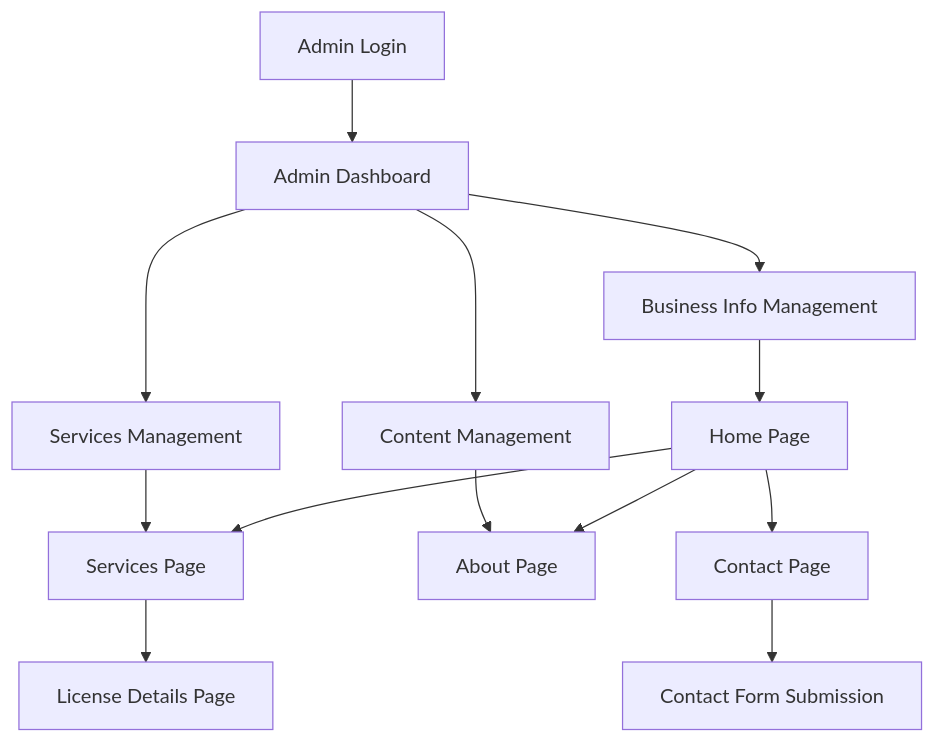
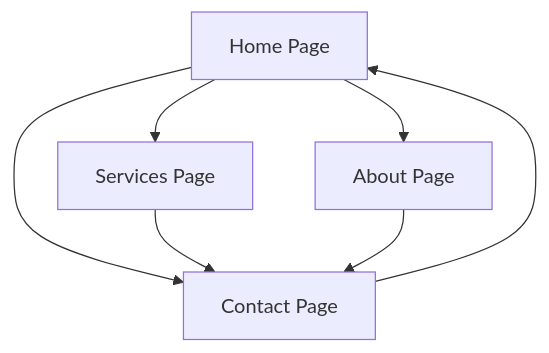
Before and after one commit to Marouaneltf/auto-ecole: the diagram in .trae/documents/driving-school-prd.md, drawn with Mermaid. The commit also changed other lines of this file and 62 other files, not shown here.

First line of the commit message:
feat(admin): implement admin dashboard with media management and content editing

````diff
--- a/.trae/documents/driving-school-prd.md
+++ b/.trae/documents/driving-school-prd.md
@@ -70,15 +38,9 @@
 ```mermaid
 graph TD
   A[Home Page] --> B[Services Page]
   A --> C[About Page]
   A --> D[Contact Page]
-  B --> E[License Details Page]
-  D --> F[Contact Form Submission]
-  G[Admin Login] --> H[Admin Dashboard]
-  H --> I[Business Info Management]
-  H --> J[Services Management]
-  H --> K[Content Management]
-  I --> A
-  J --> B
-  K --> C
+  B --> D
+  C --> D
+  D --> A
 ```
````
